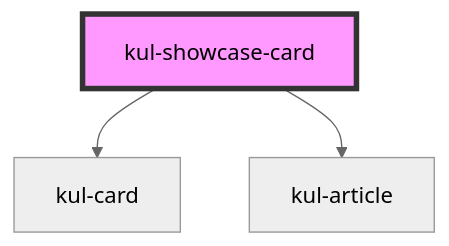
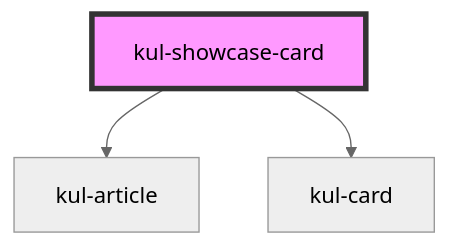
Before and after one commit to lucafoscili/ketchup-lite: the diagram in packages/ketchup-lite/src/components/kul-showcase/components/card/readme.md, drawn with Mermaid (neutral theme). The commit also changed other lines of this file and 46 other files, not shown here.

````diff
--- a/packages/ketchup-lite/src/components/kul-showcase/components/card/readme.md
+++ b/packages/ketchup-lite/src/components/kul-showcase/components/card/readme.md
@@ -29,6 +23,6 @@
 ```mermaid
 graph TD;
+  kul-showcase-card --> kul-article
   kul-showcase-card --> kul-card
-  kul-showcase-card --> kul-article
   style kul-showcase-card fill:#f9f,stroke:#333,stroke-width:4px
 ```
````
